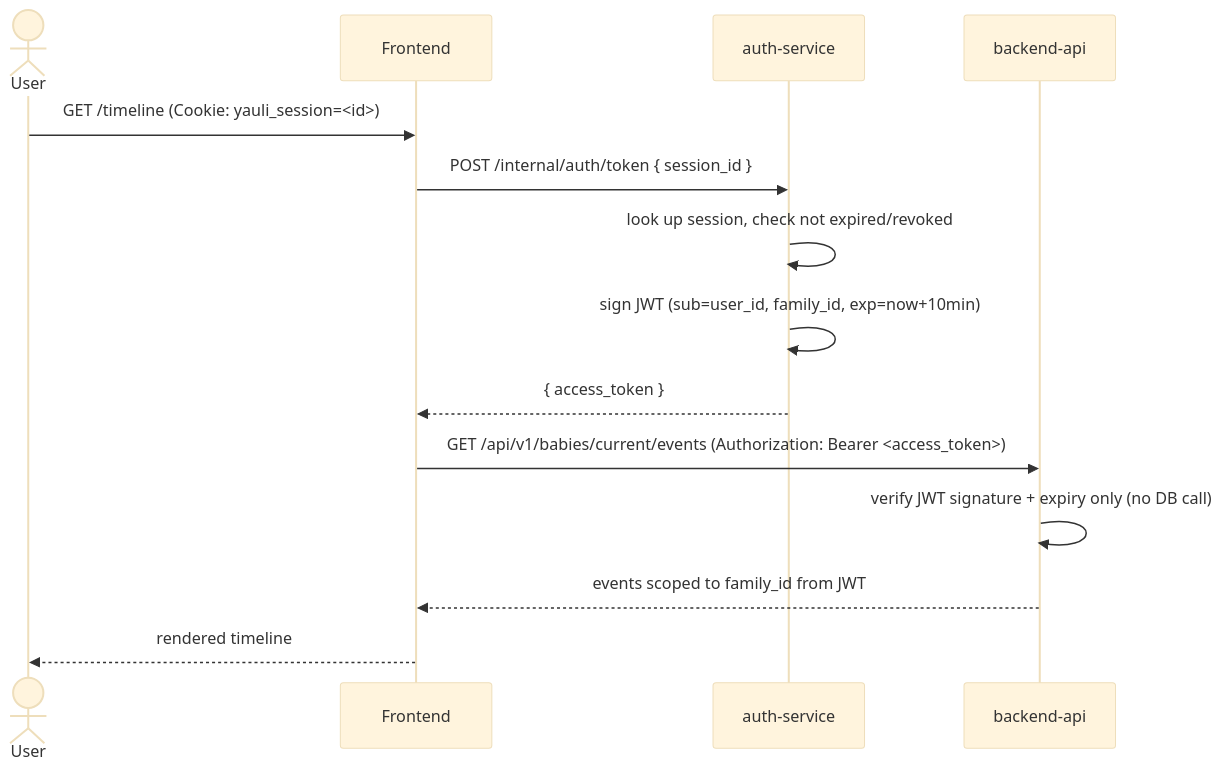
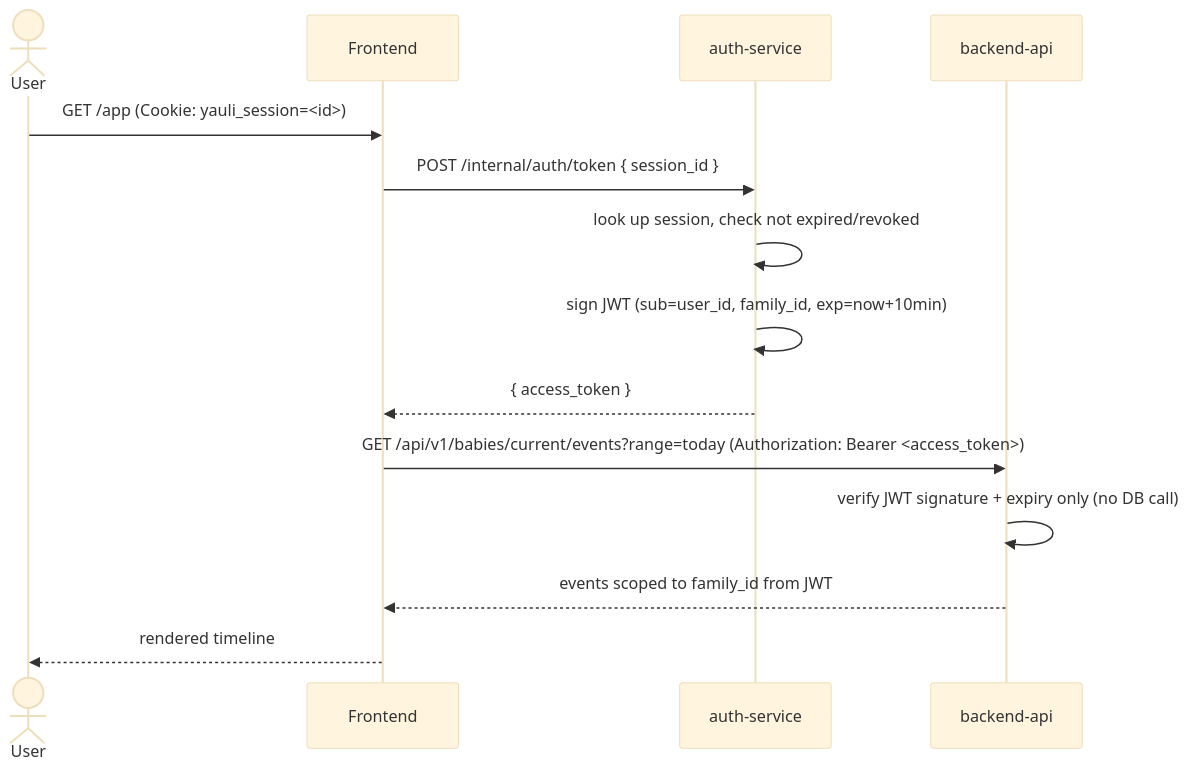
Before and after one commit to andreistefanciprian/yauyau: the second of 4 diagrams in docs/auth-magic-link.md, drawn with Mermaid (base theme). The commit also changed 9 other files, not shown here.

Commit message:
Improve timeline range navigation

````diff
--- a/docs/auth-magic-link.md
+++ b/docs/auth-magic-link.md
@@ -163,17 +163,17 @@
 ```mermaid
 sequenceDiagram
     actor User
     participant Frontend
     participant Auth as auth-service
     participant Backend as backend-api
 
-    User->>Frontend: GET /timeline (Cookie: yauli_session=<id>)
+    User->>Frontend: GET /app (Cookie: yauli_session=<id>)
     Frontend->>Auth: POST /internal/auth/token { session_id }
     Auth->>Auth: look up session, check not expired/revoked
     Auth->>Auth: sign JWT (sub=user_id, family_id, exp=now+10min)
     Auth-->>Frontend: { access_token }
-    Frontend->>Backend: GET /api/v1/babies/current/events (Authorization: Bearer <access_token>)
+    Frontend->>Backend: GET /api/v1/babies/current/events?range=today (Authorization: Bearer <access_token>)
     Backend->>Backend: verify JWT signature + expiry only (no DB call)
     Backend-->>Frontend: events scoped to family_id from JWT
     Frontend-->>User: rendered timeline
 ```
````
